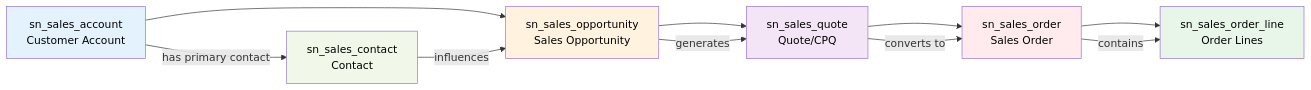
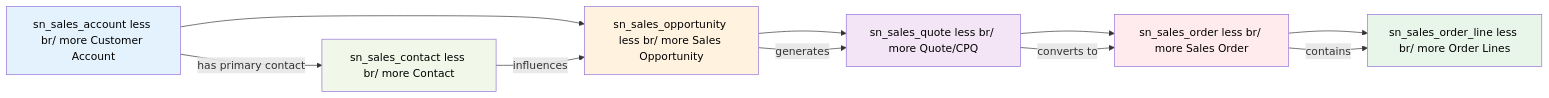
Before and after one commit to eltonaguiar/ServiceNow_Learning_TSOM-_CSM_FSM_SalesCRM_HAM_ITSM: the fifth of 7 diagrams in docs/modules/sales-crm/sales-crm-guide.md, drawn with Mermaid. The commit also changed other lines of this file and 19 other files, not shown here.

Commit message:
Fix all Mermaid diagram special characters - replace dollar, parens, slashes, quotes, pipes, nested brackets and other unsafe chars inside brackets with safe alternatives across 19 files

````diff
--- a/docs/modules/sales-crm/sales-crm-guide.md
+++ b/docs/modules/sales-crm/sales-crm-guide.md
@@ -767,21 +767,21 @@
 ```mermaid
 flowchart LR
-    A[sn_sales_account<br/>Customer Account] --> B[sn_sales_opportunity<br/>Sales Opportunity]
-    B --> C[sn_sales_quote<br/>Quote/CPQ]
-    C --> D[sn_sales_order<br/>Sales Order]
-    D --> E[sn_sales_order_line<br/>Order Lines]
+    A[sn_sales_account less br/ more Customer Account] --> B[sn_sales_opportunity less br/ more Sales Opportunity]
+    B --> C[sn_sales_quote less br/ more Quote/CPQ]
+    C --> D[sn_sales_order less br/ more Sales Order]
+    D --> E[sn_sales_order_line less br/ more Order Lines]
 
-    A -->|has primary contact| L[sn_sales_contact<br/>Contact]
+    A -->|has primary contact| L[sn_sales_contact less br/ more Contact]
     L -->|influences| B
 
     B -->|generates| C
     C -->|converts to| D
     D -->|contains| E
 
     style A fill:#e3f2fd,color:#000
     style B fill:#fff3e0,color:#000
     style C fill:#f3e5f5,color:#000
     style D fill:#ffebee,color:#000
     style E fill:#e8f5e9,color:#000
     style L fill:#f1f8e9,color:#000
 ```
````
